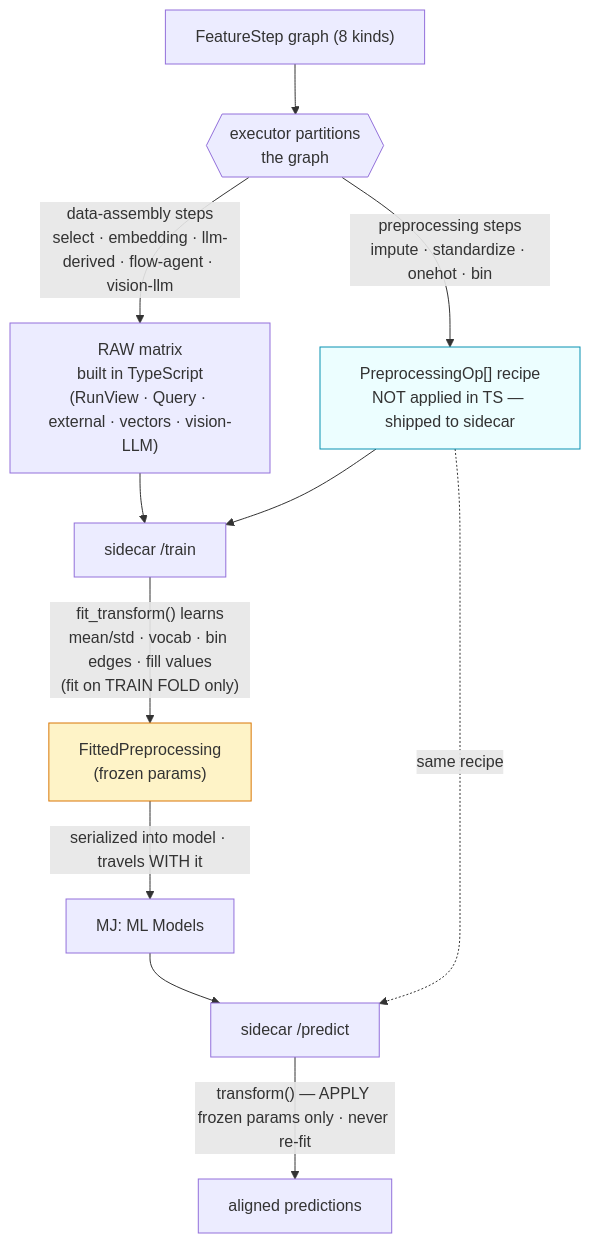
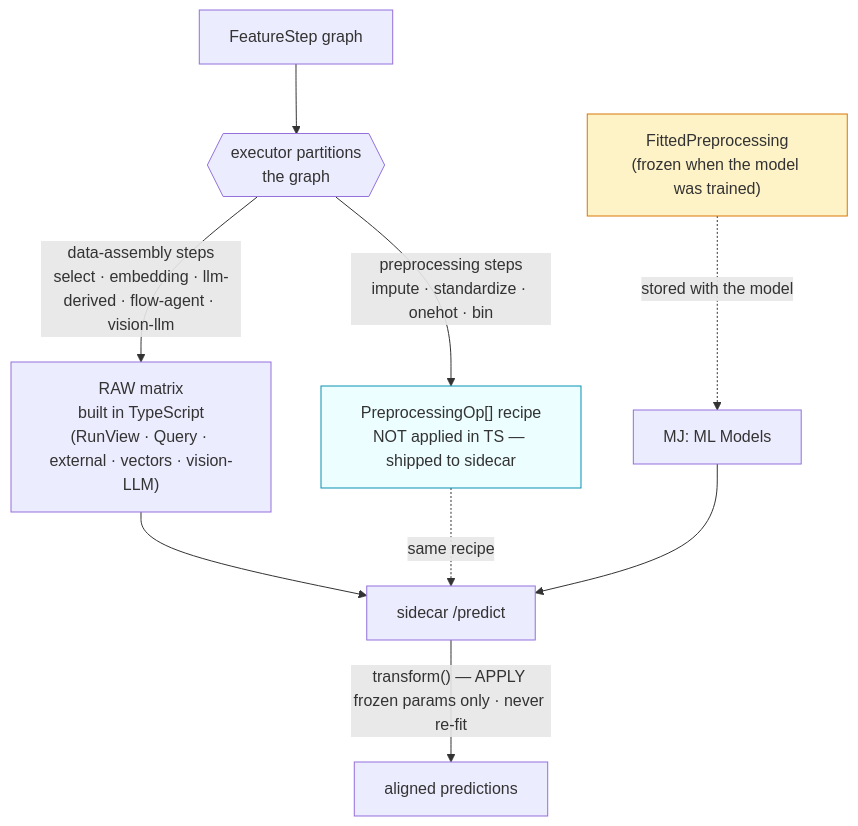
The fourth of 15 diagrams in guides/PREDICTIVE_STUDIO_GUIDE.md (MemberJunction/MJ), drawn with Mermaid before and after one commit. The commit also changed other lines of this file and 4 other files, not shown here.

````diff
--- a/guides/PREDICTIVE_STUDIO_GUIDE.md
+++ b/guides/PREDICTIVE_STUDIO_GUIDE.md
@@ -260,15 +275,13 @@
 ```mermaid
 flowchart TB
-    G["FeatureStep graph (8 kinds)"] --> SPLIT{{"executor partitions<br/>the graph"}}
+    G["FeatureStep graph"] --> SPLIT{{"executor partitions<br/>the graph"}}
     SPLIT -->|"data-assembly steps<br/>select · embedding · llm-derived · flow-agent · vision-llm"| RAW["RAW matrix<br/>built in TypeScript<br/>(RunView · Query · external · vectors · vision-LLM)"]
     SPLIT -->|"preprocessing steps<br/>impute · standardize · onehot · bin"| RECIPE["PreprocessingOp[] recipe<br/>NOT applied in TS — shipped to sidecar"]
-    RAW --> TRAIN["sidecar /train"]
-    RECIPE --> TRAIN
-    TRAIN -->|"fit_transform() learns<br/>mean/std · vocab · bin edges · fill values<br/>(fit on TRAIN FOLD only)"| FITTED["FittedPreprocessing<br/>(frozen params)"]
-    FITTED -->|serialized into model · travels WITH it| MODEL["MJ: ML Models"]
-    MODEL --> PRED["sidecar /predict"]
+    FITTED["FittedPreprocessing<br/>(frozen when the model was trained)"] -.stored with the model.-> MODEL["MJ: ML Models"]
+    RAW --> PRED["sidecar /predict"]
     RECIPE -.same recipe.-> PRED
+    MODEL --> PRED
     PRED -->|"transform() — APPLY frozen params only · never re-fit"| OUT["aligned predictions"]
     style FITTED fill:#fef3c7,stroke:#d97706
     style RECIPE fill:#ecfeff,stroke:#0891b2
 ```
````
